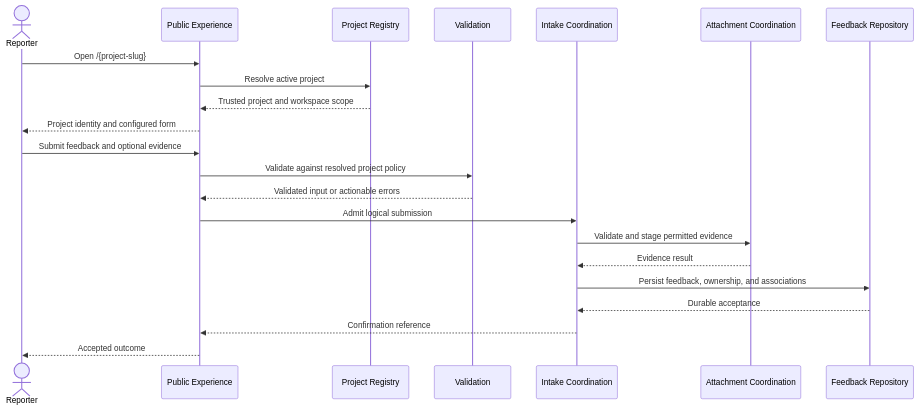
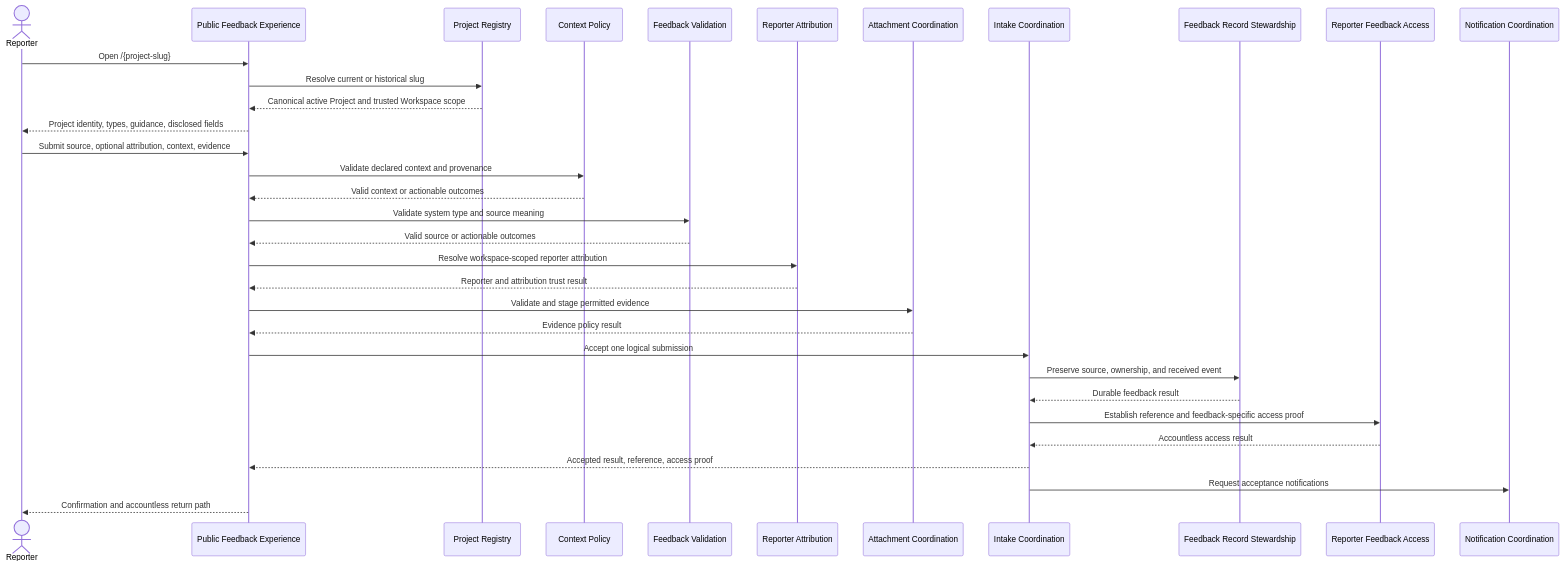
Before and after one commit to Y4NN777/y7-feedback-mngt-system: the third of 9 diagrams in docs/05_MODELING.md, drawn with Mermaid. The commit also changed other lines of this file, not shown here.

Commit message:
docs: model the living feedback domain

````diff
--- a/docs/05_MODELING.md
+++ b/docs/05_MODELING.md
@@ -62,25 +89,36 @@
 ```mermaid
 sequenceDiagram
     actor R as Reporter
-    participant P as Public Experience
+    participant P as Public Feedback Experience
     participant G as Project Registry
-    participant V as Validation
+    participant C as Context Policy
+    participant V as Feedback Validation
+    participant RA as Reporter Attribution
+    participant A as Attachment Coordination
     participant I as Intake Coordination
-    participant A as Attachment Coordination
-    participant F as Feedback Repository
+    participant F as Feedback Record Stewardship
+    participant X as Reporter Feedback Access
+    participant N as Notification Coordination
 
     R->>P: Open /{project-slug}
-    P->>G: Resolve active project
-    G-->>P: Trusted project and workspace scope
-    P-->>R: Project identity and configured form
-    R->>P: Submit feedback and optional evidence
-    P->>V: Validate against resolved project policy
-    V-->>P: Validated input or actionable errors
-    P->>I: Admit logical submission
-    I->>A: Validate and stage permitted evidence
-    A-->>I: Evidence result
-    I->>F: Persist feedback, ownership, and associations
-    F-->>I: Durable acceptance
-    I-->>P: Confirmation reference
-    P-->>R: Accepted outcome
+    P->>G: Resolve current or historical slug
+    G-->>P: Canonical active Project and trusted Workspace scope
+    P-->>R: Project identity, types, guidance, disclosed fields
+    R->>P: Submit source, optional attribution, context, evidence
+    P->>C: Validate declared context and provenance
+    C-->>P: Valid context or actionable outcomes
+    P->>V: Validate system type and source meaning
+    V-->>P: Valid source or actionable outcomes
+    P->>RA: Resolve workspace-scoped reporter attribution
+    RA-->>P: Reporter and attribution trust result
+    P->>A: Validate and stage permitted evidence
+    A-->>P: Evidence policy result
+    P->>I: Accept one logical submission
+    I->>F: Preserve source, ownership, and received event
+    F-->>I: Durable feedback result
+    I->>X: Establish reference and feedback-specific access proof
+    X-->>I: Accountless access result
+    I-->>P: Accepted result, reference, access proof
+    I->>N: Request acceptance notifications
+    P-->>R: Confirmation and accountless return path
 ```
````
